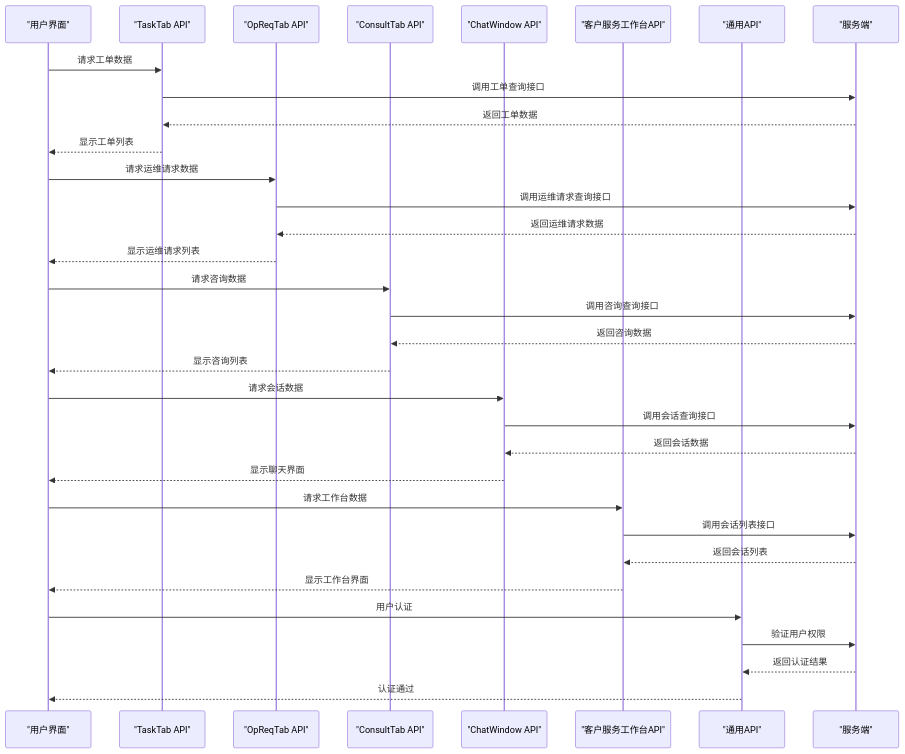
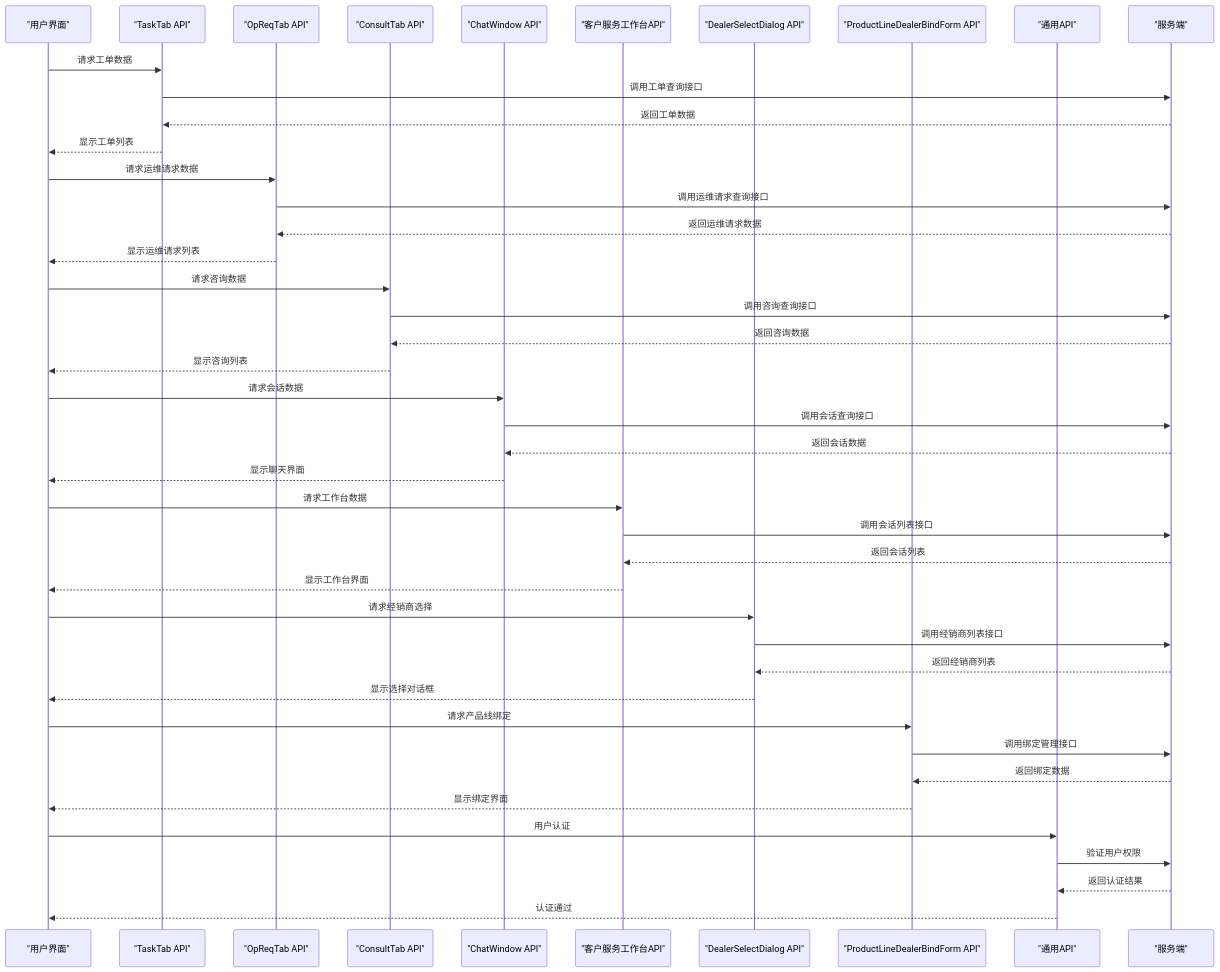
Diagram 26 of 48 in .qoder/repowiki/zh/content/核心模块/客户服务模块.md (xiaoche80s-tech/rouyi-vue-pro), drawn with Mermaid before and after one commit. The commit also changed other lines of this file and 977 other files, not shown here.

````diff
--- a/.qoder/repowiki/zh/content/核心模块/客户服务模块.md
+++ b/.qoder/repowiki/zh/content/核心模块/客户服务模块.md
@@ -1324,35 +1422,45 @@
 ```mermaid
 sequenceDiagram
 participant UI as "用户界面"
 participant TASK_API as "TaskTab API"
 participant OPREQ_API as "OpReqTab API"
 participant CONSULT_API as "ConsultTab API"
 participant CHAT_API as "ChatWindow API"
 participant WORKBENCH_API as "客户服务工作台API"
+participant DEALER_SELECT_API as "DealerSelectDialog API"
+participant PRODUCT_LINE_BIND_API as "ProductLineDealerBindForm API"
 participant COMMON_API as "通用API"
 participant SERVER as "服务端"
 UI->>TASK_API : 请求工单数据
 TASK_API->>SERVER : 调用工单查询接口
 SERVER-->>TASK_API : 返回工单数据
 TASK_API-->>UI : 显示工单列表
 UI->>OPREQ_API : 请求运维请求数据
 OPREQ_API->>SERVER : 调用运维请求查询接口
 SERVER-->>OPREQ_API : 返回运维请求数据
 OPREQ_API-->>UI : 显示运维请求列表
 UI->>CONSULT_API : 请求咨询数据
 CONSULT_API->>SERVER : 调用咨询查询接口
 SERVER-->>CONSULT_API : 返回咨询数据
 CONSULT_API-->>UI : 显示咨询列表
 UI->>CHAT_API : 请求会话数据
 CHAT_API->>SERVER : 调用会话查询接口
 SERVER-->>CHAT_API : 返回会话数据
 CHAT_API-->>UI : 显示聊天界面
 UI->>WORKBENCH_API : 请求工作台数据
 WORKBENCH_API->>SERVER : 调用会话列表接口
 SERVER-->>WORKBENCH_API : 返回会话列表
 WORKBENCH_API-->>UI : 显示工作台界面
+UI->>DEALER_SELECT_API : 请求经销商选择
+DEALER_SELECT_API->>SERVER : 调用经销商列表接口
+SERVER-->>DEALER_SELECT_API : 返回经销商列表
+DEALER_SELECT_API-->>UI : 显示选择对话框
+UI->>PRODUCT_LINE_BIND_API : 请求产品线绑定
+PRODUCT_LINE_BIND_API->>SERVER : 调用绑定管理接口
+SERVER-->>PRODUCT_LINE_BIND_API : 返回绑定数据
+PRODUCT_LINE_BIND_API-->>UI : 显示绑定界面
 UI->>COMMON_API : 用户认证
 COMMON_API->>SERVER : 验证用户权限
 SERVER-->>COMMON_API : 返回认证结果
 COMMON_API-->>UI : 认证通过
 ```
````
